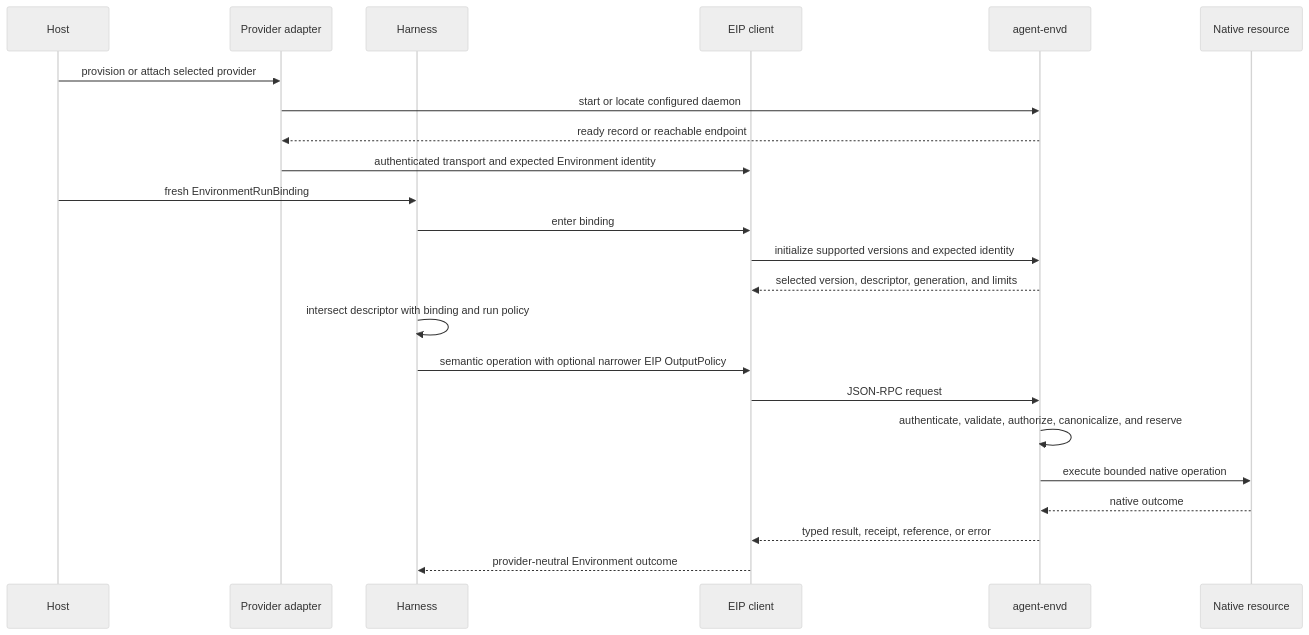
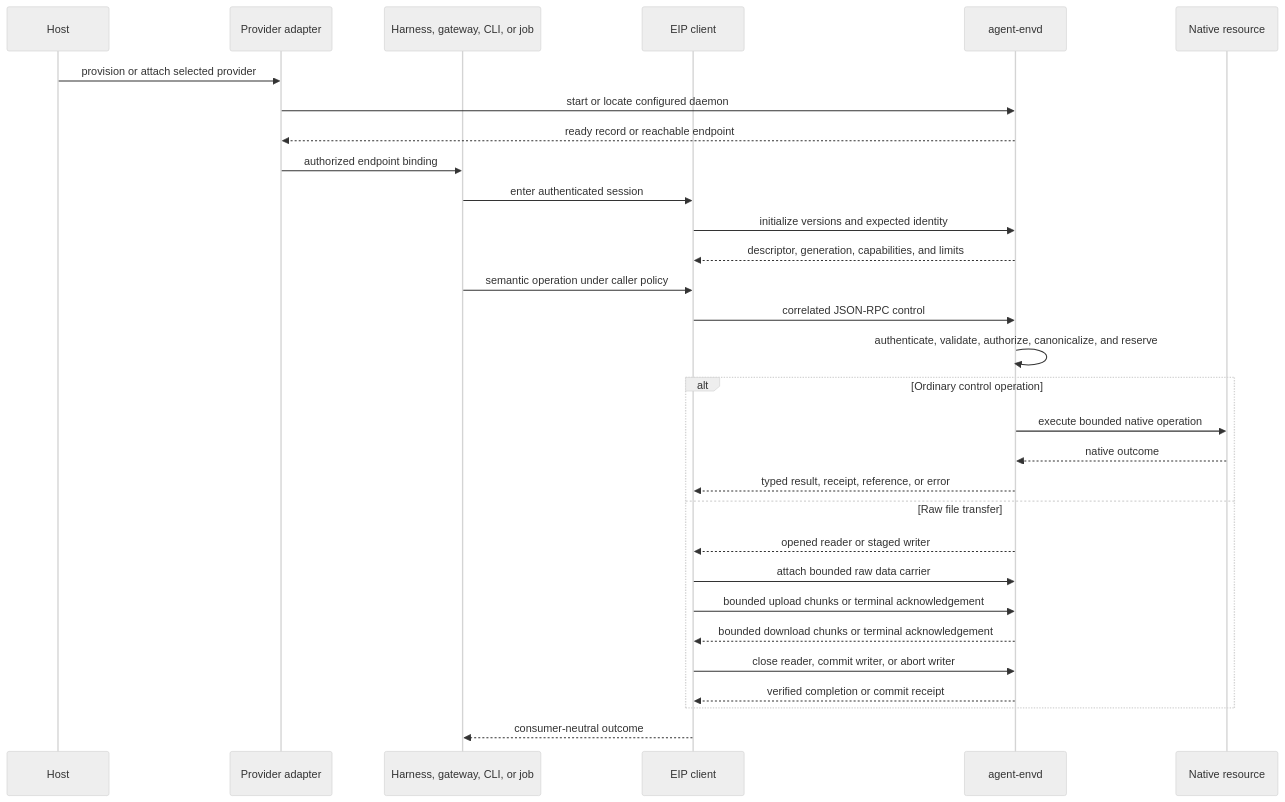
The second of 2 diagrams in spec/agent-envd/00-overview.md (LTThreeComma/agent-foundation), drawn with Mermaid (neutral theme) before and after one commit. The commit also changed other lines of this file and 12 other files, not shown here.

Commit message:
docs(envd): finalize file transfer contract and image smoke test (#4)

````diff
--- a/spec/agent-envd/00-overview.md
+++ b/spec/agent-envd/00-overview.md
@@ -125,26 +122,33 @@
 ```mermaid
 sequenceDiagram
     participant Host
     participant Adapter as Provider adapter
-    participant Harness
+    participant Consumer as Harness, gateway, CLI, or job
     participant Client as EIP client
     participant Envd as agent-envd
     participant Native as Native resource
 
     Host->>Adapter: provision or attach selected provider
     Adapter->>Envd: start or locate configured daemon
     Envd-->>Adapter: ready record or reachable endpoint
-    Adapter->>Client: authenticated transport and expected Environment identity
-    Host->>Harness: fresh EnvironmentRunBinding
-    Harness->>Client: enter binding
-    Client->>Envd: initialize supported versions and expected identity
-    Envd-->>Client: selected version, descriptor, generation, and limits
-    Harness->>Harness: intersect descriptor with binding and run policy
-    Harness->>Client: semantic operation with optional narrower EIP OutputPolicy
-    Client->>Envd: JSON-RPC request
+    Adapter->>Consumer: authorized endpoint binding
+    Consumer->>Client: enter authenticated session
+    Client->>Envd: initialize versions and expected identity
+    Envd-->>Client: descriptor, generation, capabilities, and limits
+    Consumer->>Client: semantic operation under caller policy
+    Client->>Envd: correlated JSON-RPC control
     Envd->>Envd: authenticate, validate, authorize, canonicalize, and reserve
-    Envd->>Native: execute bounded native operation
-    Native-->>Envd: native outcome
-    Envd-->>Client: typed result, receipt, reference, or error
-    Client-->>Harness: provider-neutral Environment outcome
+    alt Ordinary control operation
+        Envd->>Native: execute bounded native operation
+        Native-->>Envd: native outcome
+        Envd-->>Client: typed result, receipt, reference, or error
+    else Raw file transfer
+        Envd-->>Client: opened reader or staged writer
+        Client->>Envd: attach bounded raw data carrier
+        Client->>Envd: bounded upload chunks or terminal acknowledgement
+        Envd-->>Client: bounded download chunks or terminal acknowledgement
+        Client->>Envd: close reader, commit writer, or abort writer
+        Envd-->>Client: verified completion or commit receipt
+    end
+    Client-->>Consumer: consumer-neutral outcome
 ```
````
